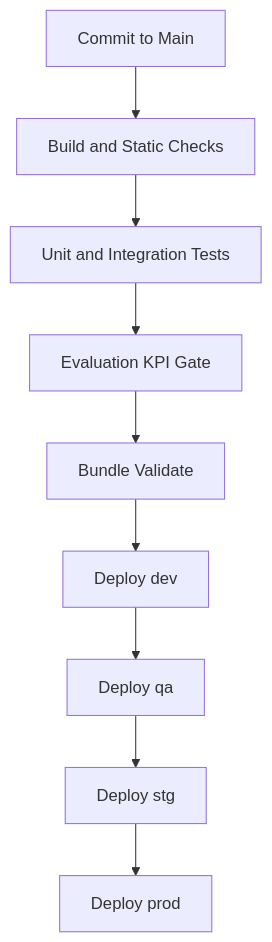
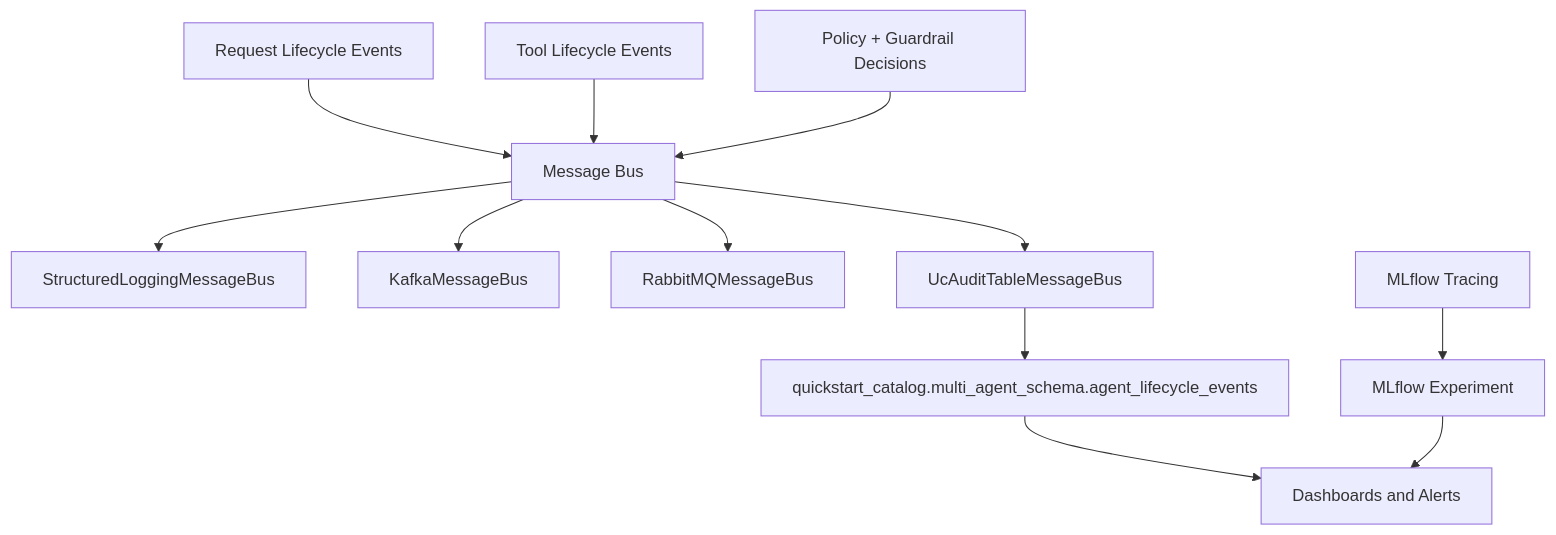
Before and after one commit to wchen-dea/Governed-Multi-Agent-Intelligence-on-Databricks: diagram 15 of 15 in docs/architecture/design-artifacts/00-architecture-board-review.md, drawn with Mermaid. The commit also changed other lines of this file and 51 other files, not shown here.

````diff
--- a/docs/architecture/design-artifacts/00-architecture-board-review.md
+++ b/docs/architecture/design-artifacts/00-architecture-board-review.md
@@ -361,11 +336,16 @@
 ```mermaid
-flowchart TD
-    Commit[Commit to Main] --> Build[Build and Static Checks]
-    Build --> Unit[Unit and Integration Tests]
-    Unit --> Eval[Evaluation KPI Gate]
-    Eval --> Validate[Bundle Validate]
-    Validate --> DeployDev[Deploy dev]
-    DeployDev --> DeployQA[Deploy qa]
-    DeployQA --> DeployStg[Deploy stg]
-    DeployStg --> DeployProd[Deploy prod]
+flowchart TB
+    Req[Request Lifecycle Events] --> MB[Message Bus]
+    Tool[Tool Lifecycle Events] --> MB
+    Pol[Policy + Guardrail Decisions] --> MB
+
+    MB --> Log[StructuredLoggingMessageBus]
+    MB --> Kafka[KafkaMessageBus]
+    MB --> Rabbit[RabbitMQMessageBus]
+    MB --> UCT[UcAuditTableMessageBus]
+
+    UCT --> Delta[quickstart_catalog.multi_agent_schema.agent_lifecycle_events]
+    Trace[MLflow Tracing] --> Exp[MLflow Experiment]
+    Delta --> Dash[Dashboards and Alerts]
+    Exp --> Dash
 ```
````
